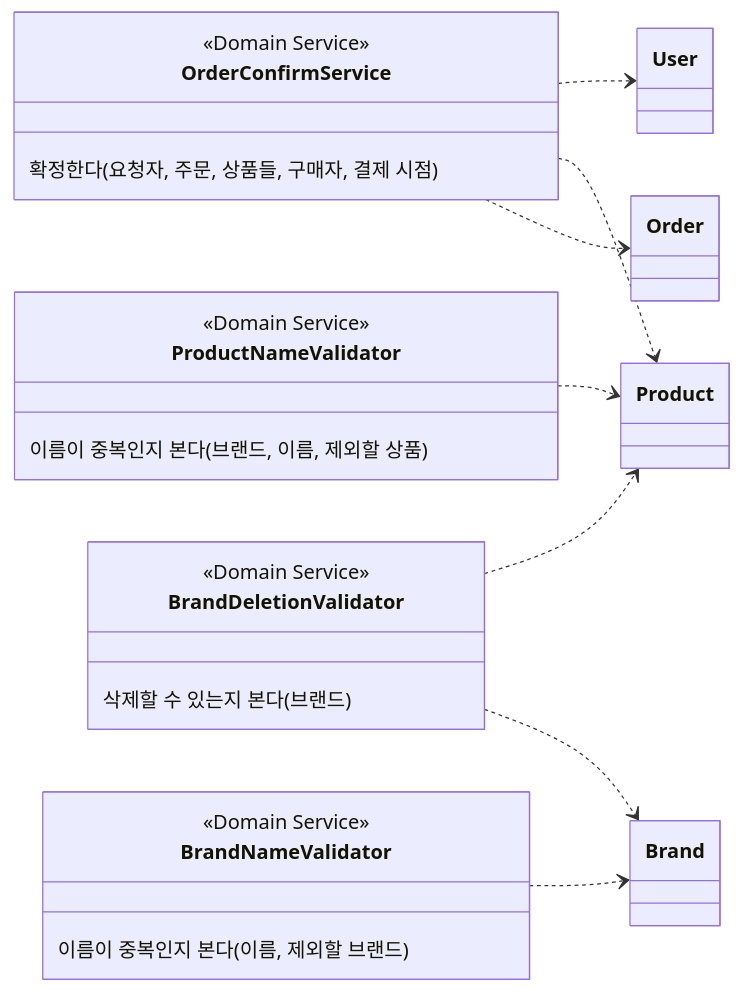
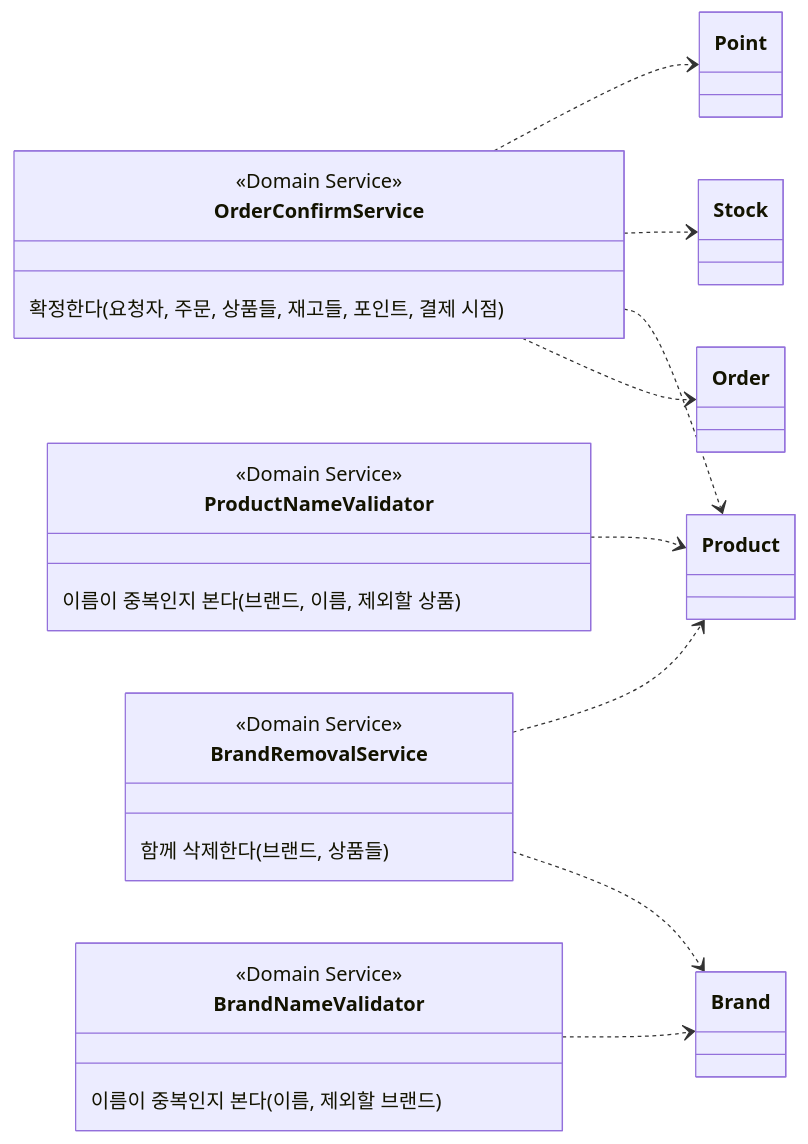
Before and after one commit to jeongye01/loop-pack-be-l2-vol5-java: the second of 2 diagrams in docs/week2/domain-relations.md, drawn with Mermaid. The commit also changed other lines of this file and 95 other files, not shown here.

````diff
--- a/docs/week2/domain-relations.md
+++ b/docs/week2/domain-relations.md
@@ -137,29 +144,30 @@
 ```mermaid
 classDiagram
     direction LR
 
     class OrderConfirmService {
         <<Domain Service>>
-        확정한다(요청자, 주문, 상품들, 구매자, 결제 시점)
+        확정한다(요청자, 주문, 상품들, 재고들, 포인트, 결제 시점)
     }
-    class BrandDeletionValidator {
+    class BrandRemovalService {
         <<Domain Service>>
-        삭제할 수 있는지 본다(브랜드)
+        함께 삭제한다(브랜드, 상품들)
     }
     class BrandNameValidator {
         <<Domain Service>>
         이름이 중복인지 본다(이름, 제외할 브랜드)
     }
     class ProductNameValidator {
         <<Domain Service>>
         이름이 중복인지 본다(브랜드, 이름, 제외할 상품)
     }
 
     OrderConfirmService ..> Order
     OrderConfirmService ..> Product
-    OrderConfirmService ..> User
-    BrandDeletionValidator ..> Brand
-    BrandDeletionValidator ..> Product
+    OrderConfirmService ..> Stock
+    OrderConfirmService ..> Point
+    BrandRemovalService ..> Brand
+    BrandRemovalService ..> Product
     BrandNameValidator ..> Brand
     ProductNameValidator ..> Product
 ```
````
